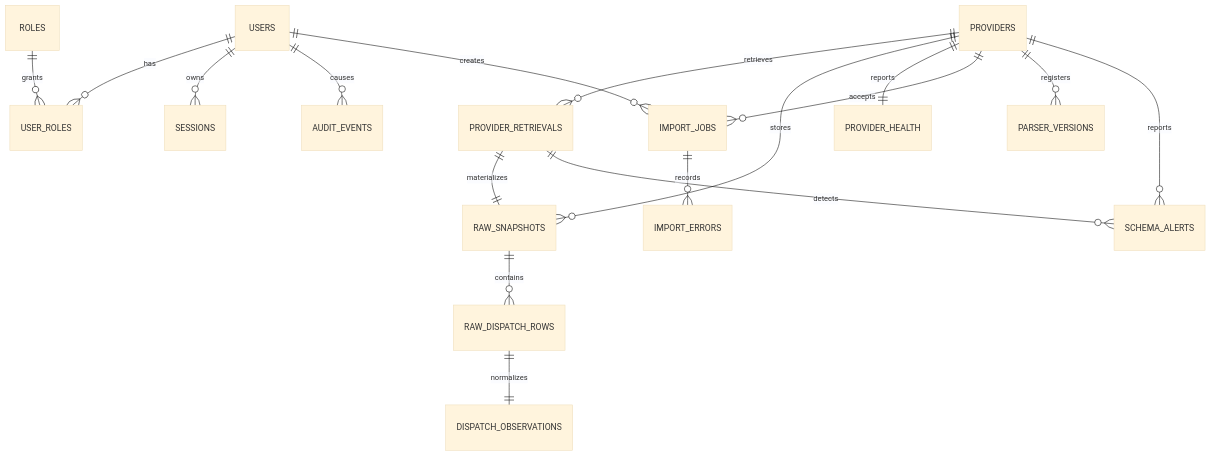
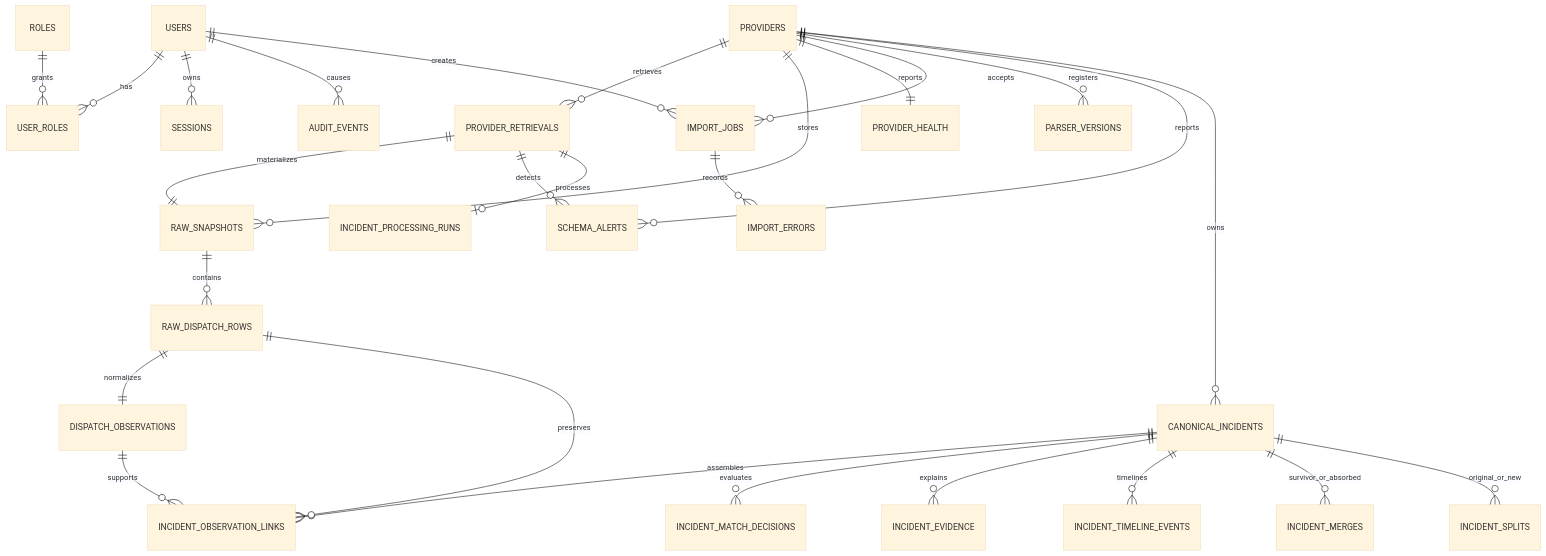
One commit to prospercode11/beyond-fire-radar changed the diagram in docs/architecture/data-model.md. Above: the diagram before and after it, drawn with Mermaid (base theme). The commit also changed other lines of this file and 28 other files, not shown here.

````diff
--- a/docs/architecture/data-model.md
+++ b/docs/architecture/data-model.md
@@ -5,19 +5,29 @@
 ```mermaid
 erDiagram
   USERS ||--o{ USER_ROLES : has
   ROLES ||--o{ USER_ROLES : grants
   USERS ||--o{ SESSIONS : owns
   USERS ||--o{ AUDIT_EVENTS : causes
   PROVIDERS ||--o{ PROVIDER_RETRIEVALS : retrieves
   PROVIDERS ||--o{ RAW_SNAPSHOTS : stores
   PROVIDER_RETRIEVALS ||--|| RAW_SNAPSHOTS : materializes
   PROVIDERS ||--|| PROVIDER_HEALTH : reports
   PROVIDERS ||--o{ IMPORT_JOBS : accepts
   USERS ||--o{ IMPORT_JOBS : creates
   PROVIDERS ||--o{ PARSER_VERSIONS : registers
   PROVIDERS ||--o{ SCHEMA_ALERTS : reports
   PROVIDER_RETRIEVALS ||--o{ SCHEMA_ALERTS : detects
   RAW_SNAPSHOTS ||--o{ RAW_DISPATCH_ROWS : contains
   RAW_DISPATCH_ROWS ||--|| DISPATCH_OBSERVATIONS : normalizes
   IMPORT_JOBS ||--o{ IMPORT_ERRORS : records
+  PROVIDERS ||--o{ CANONICAL_INCIDENTS : owns
+  CANONICAL_INCIDENTS ||--o{ INCIDENT_OBSERVATION_LINKS : assembles
+  DISPATCH_OBSERVATIONS ||--o{ INCIDENT_OBSERVATION_LINKS : supports
+  RAW_DISPATCH_ROWS ||--o{ INCIDENT_OBSERVATION_LINKS : preserves
+  CANONICAL_INCIDENTS ||--o{ INCIDENT_MATCH_DECISIONS : evaluates
+  CANONICAL_INCIDENTS ||--o{ INCIDENT_EVIDENCE : explains
+  CANONICAL_INCIDENTS ||--o{ INCIDENT_TIMELINE_EVENTS : timelines
+  CANONICAL_INCIDENTS ||--o{ INCIDENT_MERGES : survivor_or_absorbed
+  CANONICAL_INCIDENTS ||--o{ INCIDENT_SPLITS : original_or_new
+  PROVIDER_RETRIEVALS ||--o| INCIDENT_PROCESSING_RUNS : processes
 ```
````
